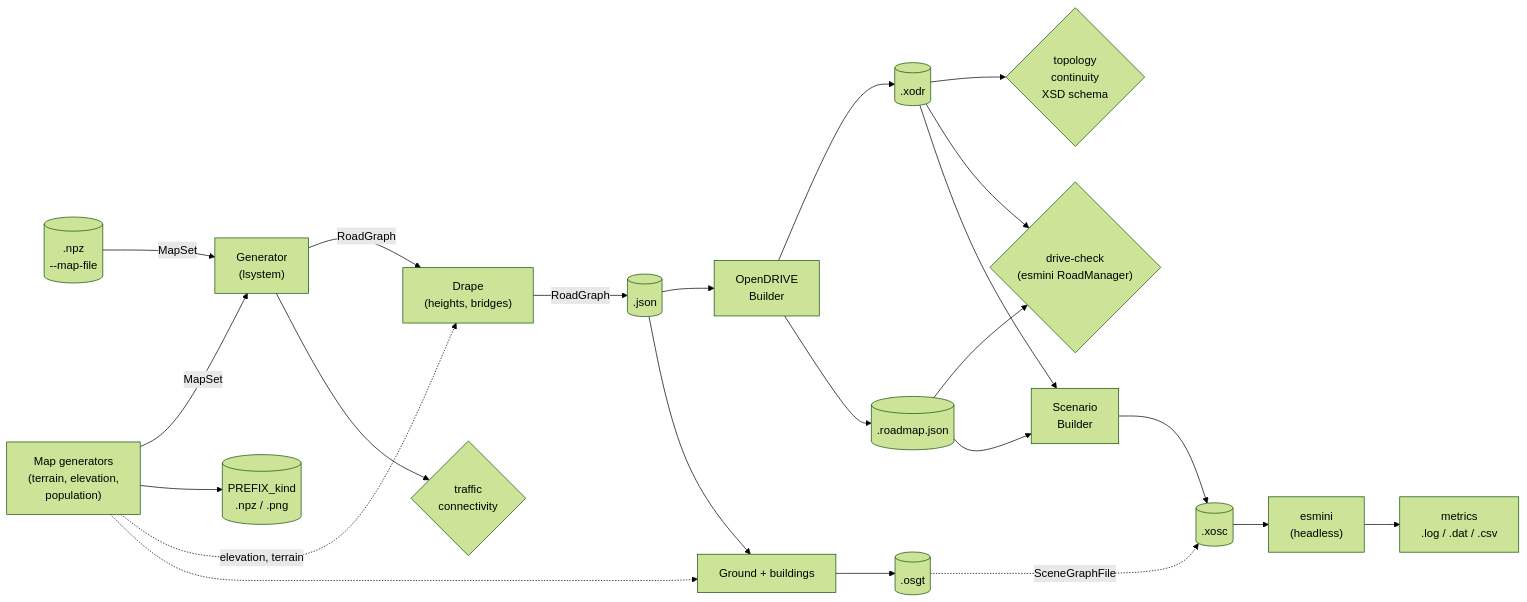
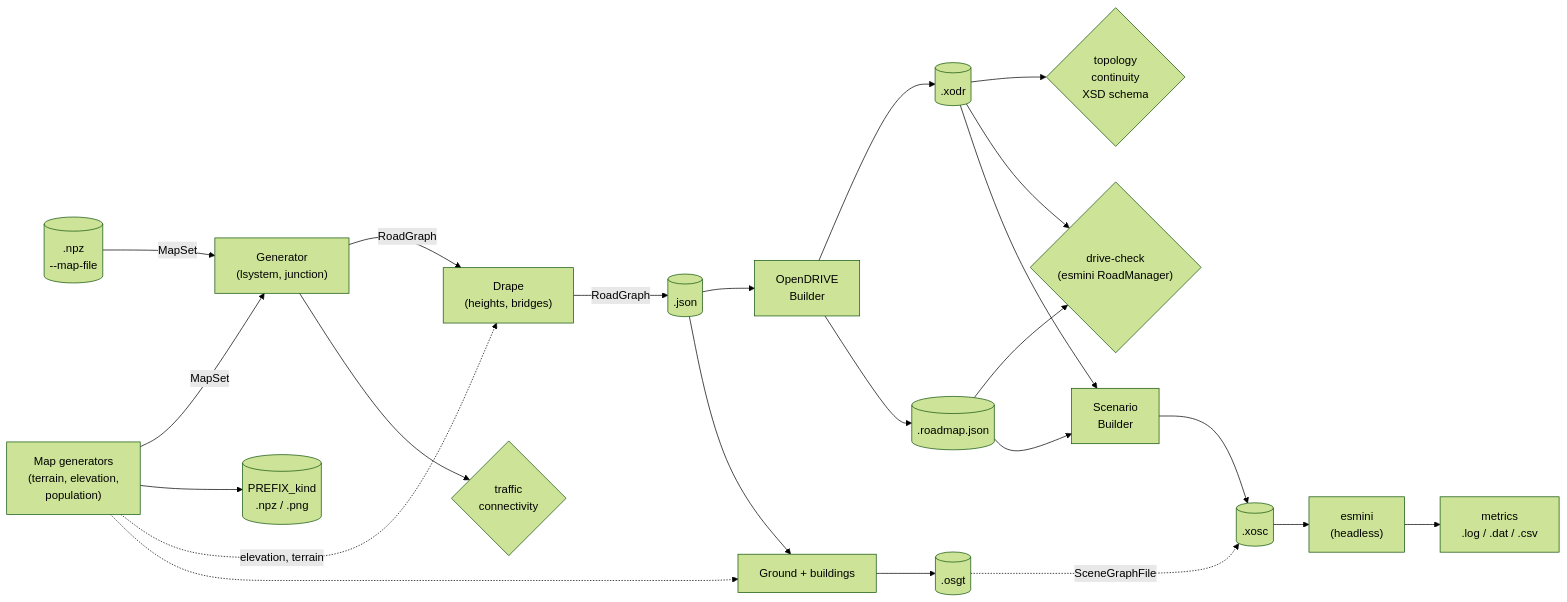
The first of 2 diagrams in docs/architecture.md (Cydonia01/Procedural-Road-Network-Generation), drawn with Mermaid (forest theme) before and after one commit. The commit also changed other lines of this file and 20 other files, not shown here.

First line of the commit message:
Stage C5-C6: junction variety and a JunctionArt-style junction generator

````diff
--- a/docs/architecture.md
+++ b/docs/architecture.md
@@ -14,22 +14,22 @@
 ```mermaid
 flowchart LR
     MP["Map generators<br/>(terrain, elevation,<br/>population)"] -->|MapSet| G
     MI[(".npz<br/>--map-file")] -->|MapSet| G
     MP --> MF[("PREFIX_kind<br/>.npz / .png")]
-    G["Generator<br/>(lsystem)"] -->|RoadGraph| DR["Drape<br/>(heights, bridges)"]
+    G["Generator<br/>(lsystem, junction)"] -->|RoadGraph| DR["Drape<br/>(heights, bridges)"]
     MP -.elevation, terrain.-> DR
     DR -->|RoadGraph| J[(".json")]
     G --> C{"traffic<br/>connectivity"}
     J --> B["OpenDRIVE<br/>Builder"]
     B --> X[(".xodr")]
     B --> M[(".roadmap.json")]
     X --> V{"topology<br/>continuity<br/>XSD schema"}
     X & M --> D{"drive-check<br/>(esmini RoadManager)"}
     X & M --> S["Scenario<br/>Builder"]
     S --> O[(".xosc")]
     O --> E["esmini<br/>(headless)"]
     E --> R["metrics<br/>.log / .dat / .csv"]
     J --> BL["Ground + buildings"] --> OS[(".osgt")]
     MP -.-> BL
     OS -.SceneGraphFile.-> O
 ```
````
